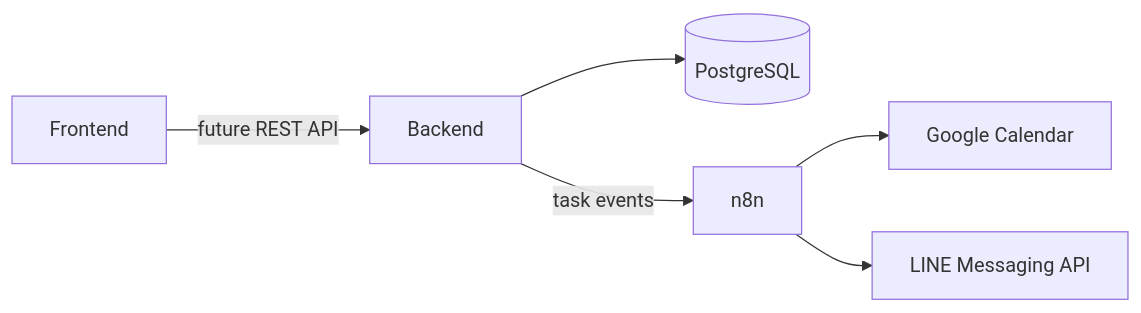
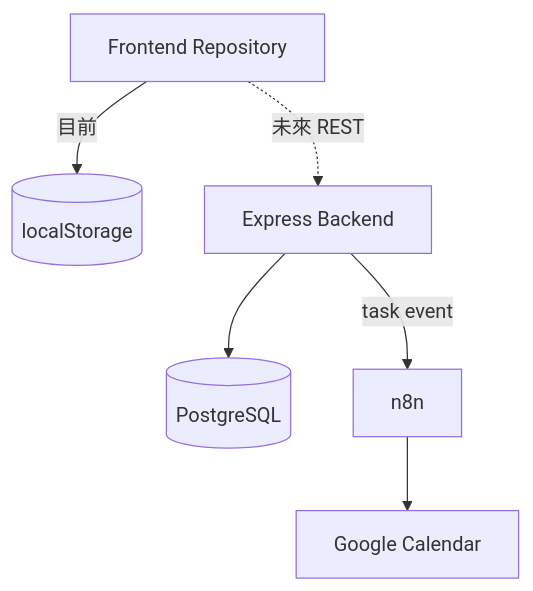
Before and after one commit to archcado/To-Bloom-List: the diagram in docs/architecture.md, drawn with Mermaid. The commit also changed other lines of this file and 72 other files, not shown here.

````diff
--- a/docs/architecture.md
+++ b/docs/architecture.md
@@ -5,8 +5,8 @@
 ```mermaid
-flowchart LR
-    F[Frontend] -->|future REST API| B[Backend]
+flowchart TD
+    F[Frontend Repository] -->|目前| L[(localStorage)]
+    F -. 未來 REST .-> B[Express Backend]
     B --> D[(PostgreSQL)]
-    B -->|task events| N[n8n]
+    B -->|task event| N[n8n]
     N --> G[Google Calendar]
-    N --> L[LINE Messaging API]
 ```
````
